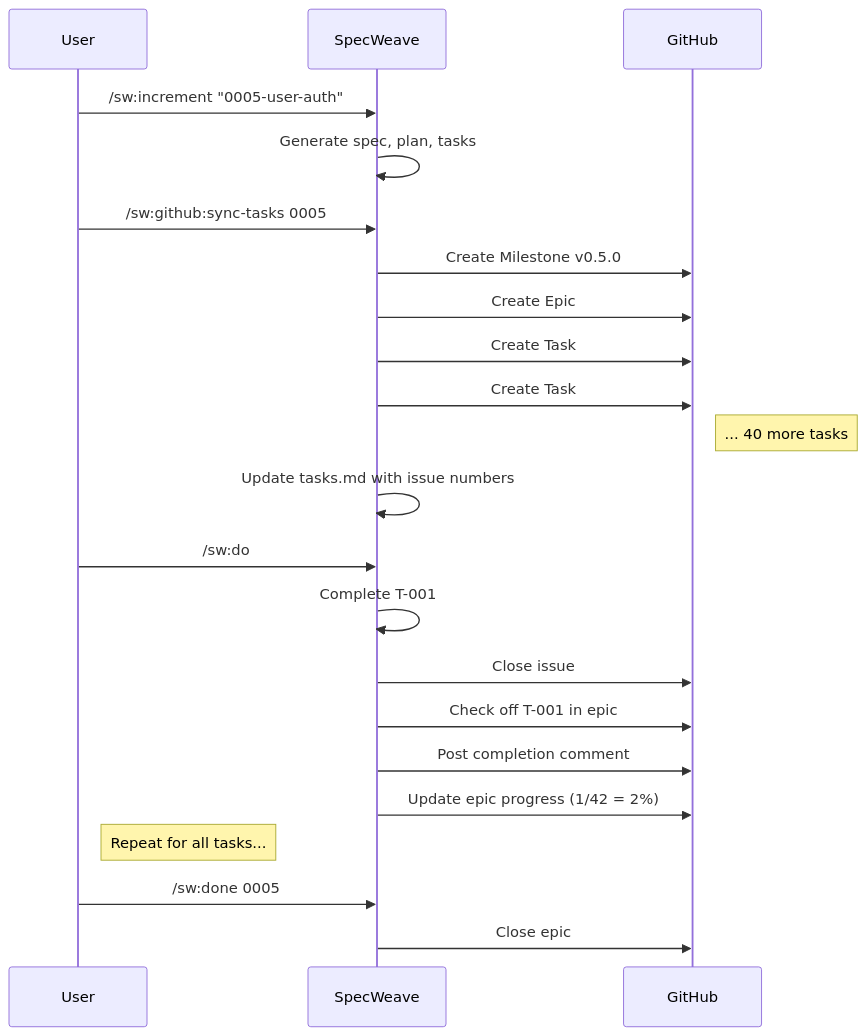
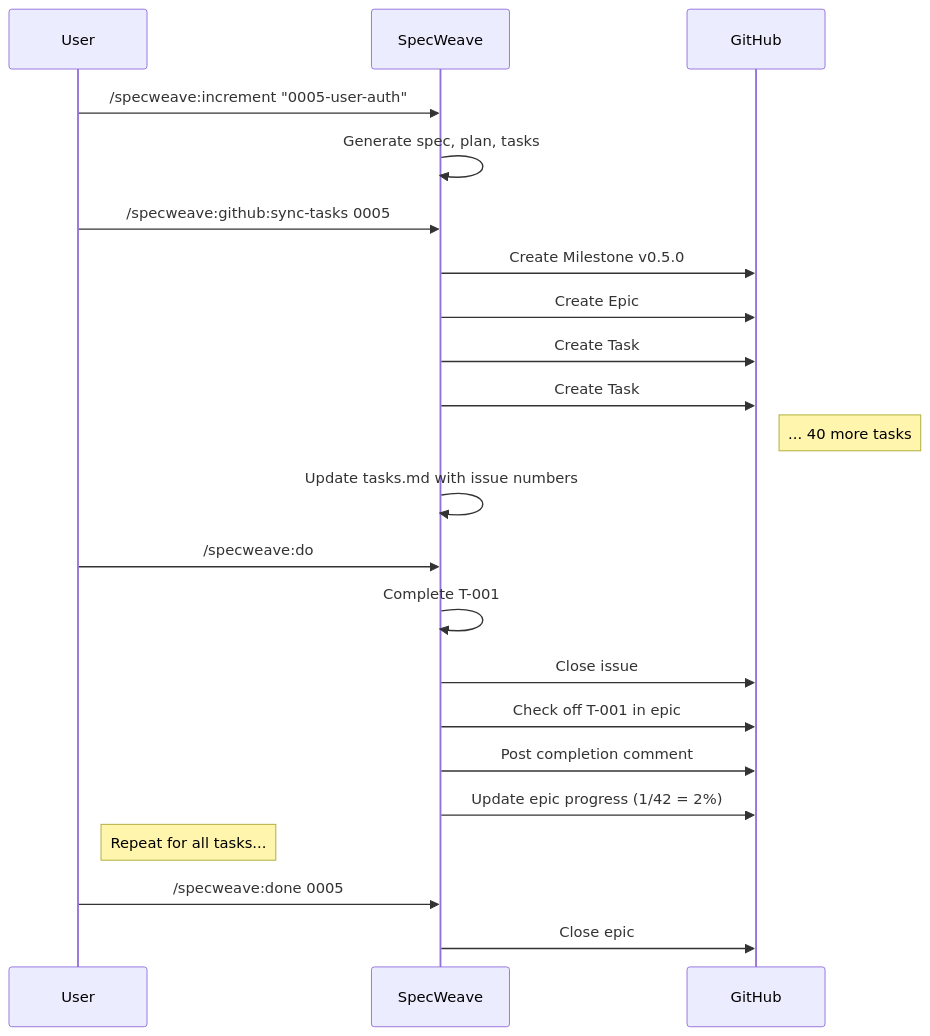
Before and after one commit to anton-abyzov/specweave: the diagram in docs-site/docs/guides/github-integration.md, drawn with Mermaid. The commit also changed other lines of this file and 144 other files, not shown here.

````diff
--- a/docs-site/docs/guides/github-integration.md
+++ b/docs-site/docs/guides/github-integration.md
@@ -281,29 +281,29 @@
 ```mermaid
 sequenceDiagram
     participant User
     participant SpecWeave
     participant GitHub
 
-    User->>SpecWeave: /sw:increment "0005-user-auth"
+    User->>SpecWeave: /specweave:increment "0005-user-auth"
     SpecWeave->>SpecWeave: Generate spec, plan, tasks
 
-    User->>SpecWeave: /sw:github:sync-tasks 0005
+    User->>SpecWeave: /specweave:github:sync-tasks 0005
     SpecWeave->>GitHub: Create Milestone v0.5.0
     SpecWeave->>GitHub: Create Epic #42
     SpecWeave->>GitHub: Create Task #43 (T-001)
     SpecWeave->>GitHub: Create Task #44 (T-002)
     Note right of GitHub: ... 40 more tasks
     SpecWeave->>SpecWeave: Update tasks.md with issue numbers
 
-    User->>SpecWeave: /sw:do
+    User->>SpecWeave: /specweave:do
     SpecWeave->>SpecWeave: Complete T-001
     SpecWeave->>GitHub: Close issue #43
     SpecWeave->>GitHub: Check off T-001 in epic #42
     SpecWeave->>GitHub: Post completion comment
     SpecWeave->>GitHub: Update epic progress (1/42 = 2%)
 
     Note right of User: Repeat for all tasks...
 
-    User->>SpecWeave: /sw:done 0005
+    User->>SpecWeave: /specweave:done 0005
     SpecWeave->>GitHub: Close epic #42
 ```
````
